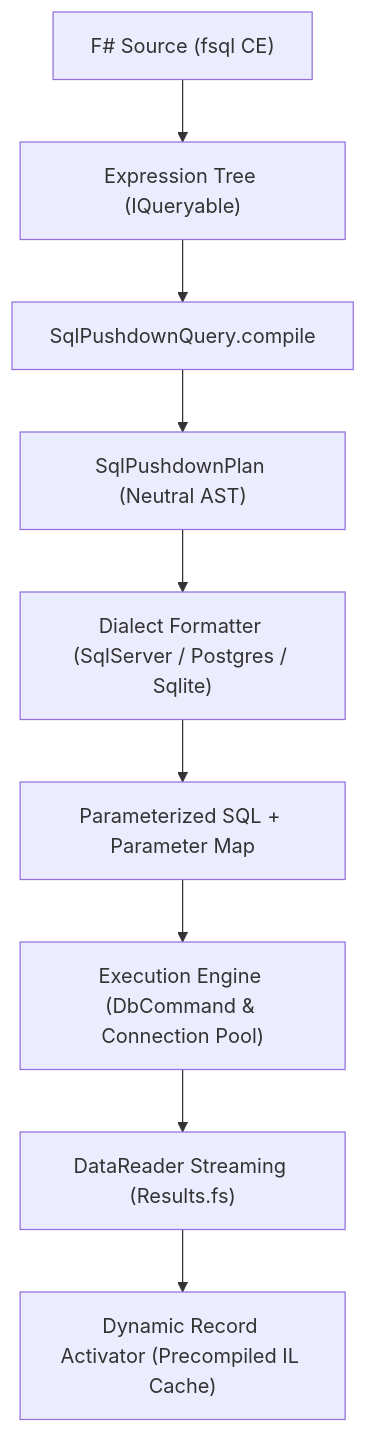
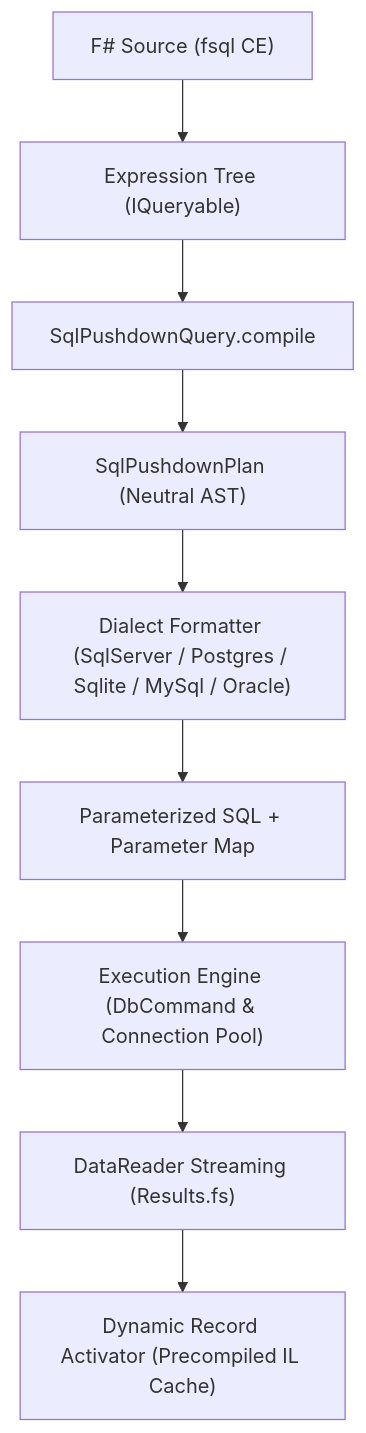
Before and after one commit to Matheusleal/fs-query-studio: the diagram in docs/FSQL_LANGUAGE_SPECIFICATION.md, drawn with Mermaid. The commit also changed other lines of this file, not shown here.

````diff
--- a/docs/FSQL_LANGUAGE_SPECIFICATION.md
+++ b/docs/FSQL_LANGUAGE_SPECIFICATION.md
@@ -204,11 +473,11 @@
 ```mermaid
 flowchart TD
     A["F# Source (fsql CE)"] --> B["Expression Tree (IQueryable)"]
     B --> C["SqlPushdownQuery.compile"]
     C --> D["SqlPushdownPlan (Neutral AST)"]
-    D --> E["Dialect Formatter (SqlServer / Postgres / Sqlite)"]
+    D --> E["Dialect Formatter (SqlServer / Postgres / Sqlite / MySql / Oracle)"]
     E --> F["Parameterized SQL + Parameter Map"]
     F --> G["Execution Engine (DbCommand & Connection Pool)"]
     G --> H["DataReader Streaming (Results.fs)"]
     H --> I["Dynamic Record Activator (Precompiled IL Cache)"]
 ```
````
